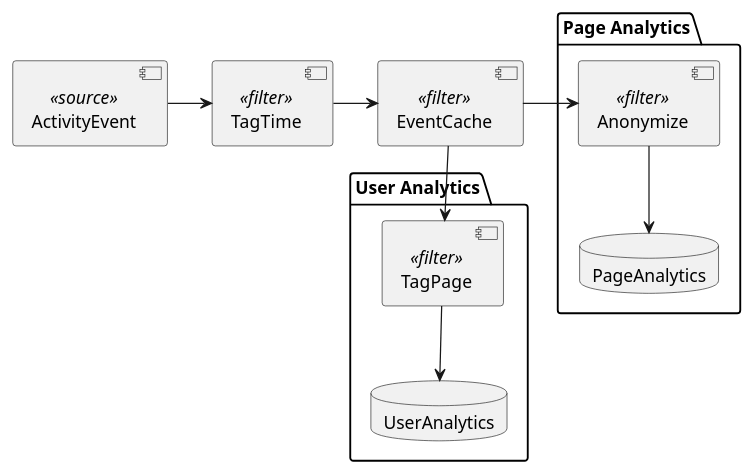
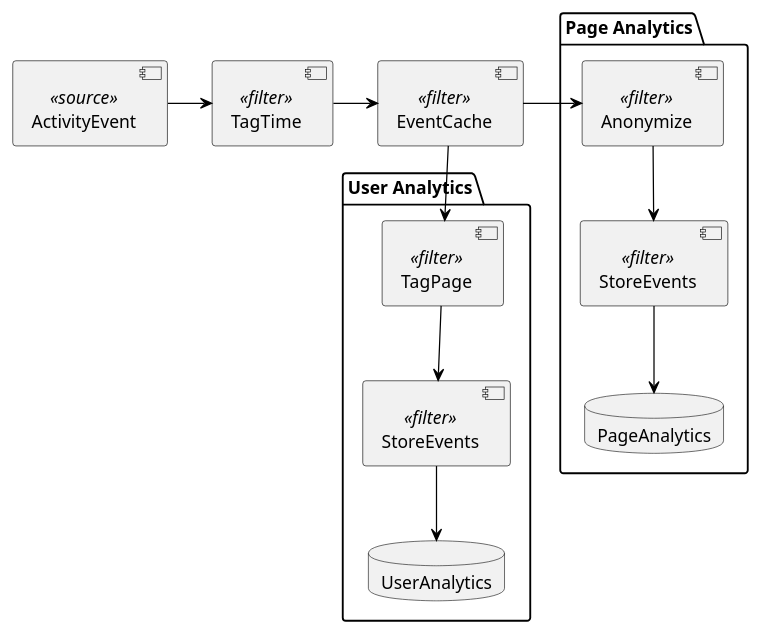
Before and after one commit to CSSE6400/software-architecture: the diagram in notes/pipeline/diagrams/tracking.puml, drawn with PlantUML. The commit also changed 6 other files, not shown here.

Commit message:
Update content on pipeline architectures

```diff
--- a/notes/pipeline/diagrams/tracking.puml
+++ b/notes/pipeline/diagrams/tracking.puml
@@ -1,22 +1,30 @@
 @startuml activity-tracking
 skinparam shadowing false
+skinparam ComponentBorderColor black
+skinparam ArrowColor black
 
 [ActivityEvent] as source <<source>>
 [TagTime] as tagTime <<filter>>
 [EventCache] as cache <<filter>>
 package "Page Analytics" {
     [Anonymize] as anon <<filter>>
+    [StoreEvents] as pageStore <<filter>>
     database "PageAnalytics" as pagedb
 }
 package "User Analytics" {
     [TagPage] as tagPage <<filter>>
+    [StoreEvents] as userStore <<filter>>
     database "UserAnalytics" as userdb
 }
 
 source -right-> tagTime
 tagTime -right-> cache
+
 cache -right-> anon
-anon --> pagedb
+anon --> pageStore
+pageStore --> pagedb
+
 cache --> tagPage
-tagPage --> userdb
+tagPage --> userStore
+userStore --> userdb
 @enduml
```
